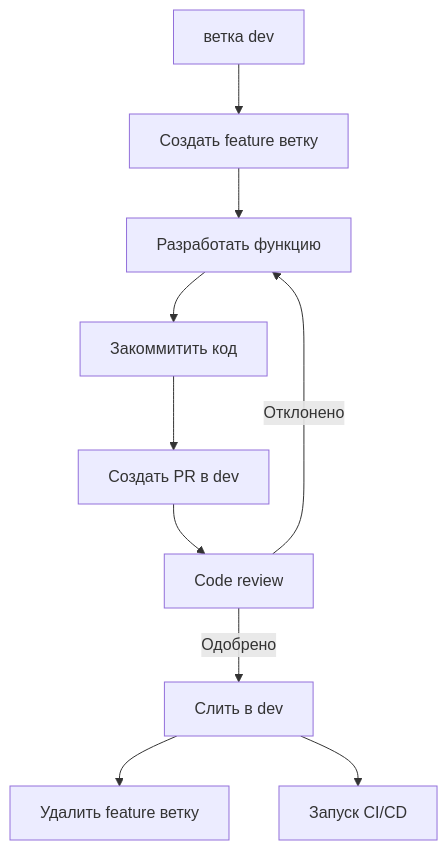
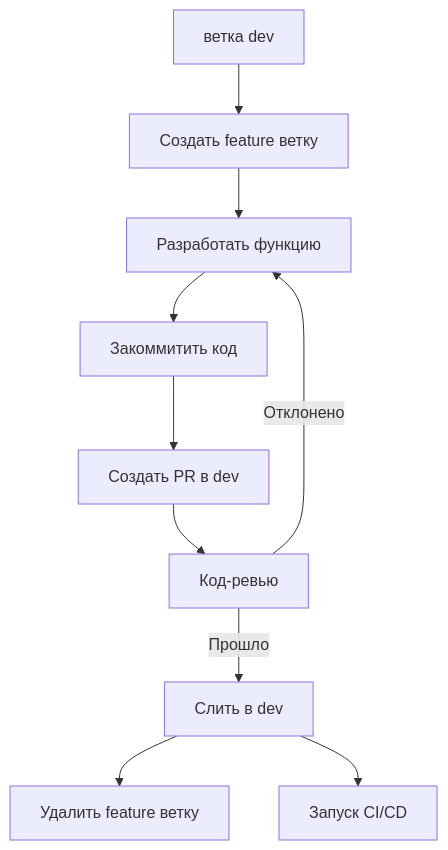
Before and after one commit to ChenXu233/YaoXiang: the first of 3 diagrams in docs/src/ru/dev/branch-maintenance-guide.md, drawn with Mermaid. The commit also changed other lines of this file and 392 other files, not shown here.

````diff
--- a/docs/src/ru/dev/branch-maintenance-guide.md
+++ b/docs/src/ru/dev/branch-maintenance-guide.md
@@ -154,12 +152,12 @@
 ```mermaid
 graph TD
     A[ветка dev] --> B[Создать feature ветку]
     B --> C[Разработать функцию]
     C --> D[Закоммитить код]
     D --> E[Создать PR в dev]
-    E --> F[Code review]
-    F -->|Одобрено| G[Слить в dev]
+    E --> F[Код-ревью]
+    F -->|Прошло| G[Слить в dev]
     F -->|Отклонено| C
     G --> H[Удалить feature ветку]
     G --> I[Запуск CI/CD]
 ```
````
